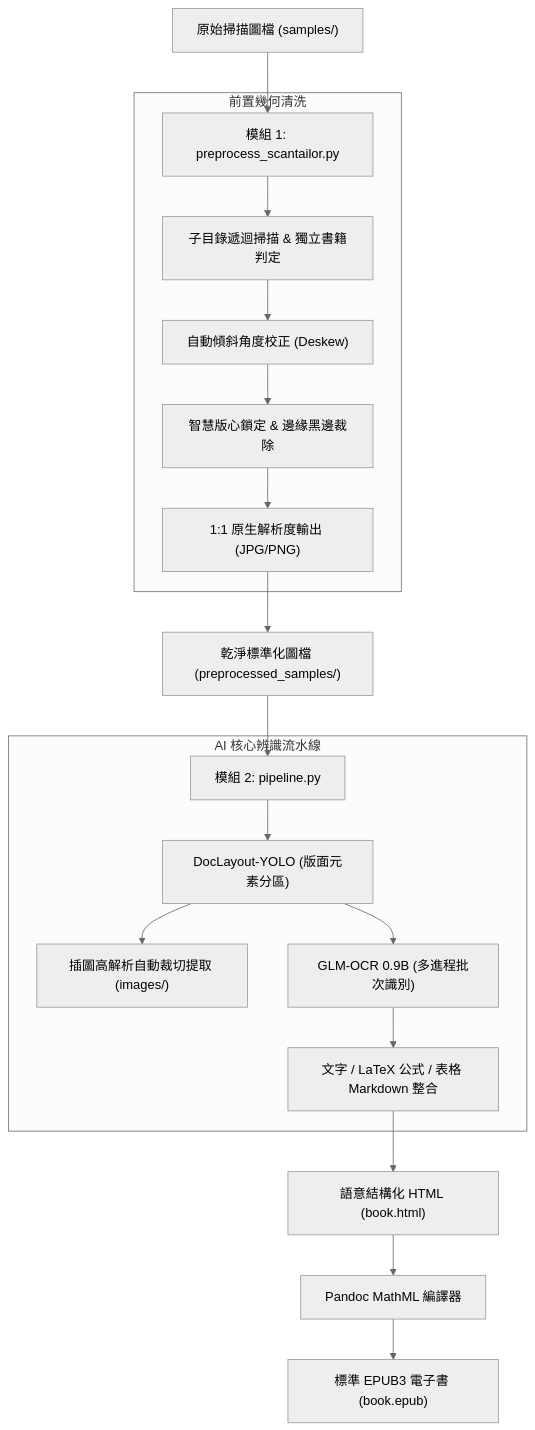
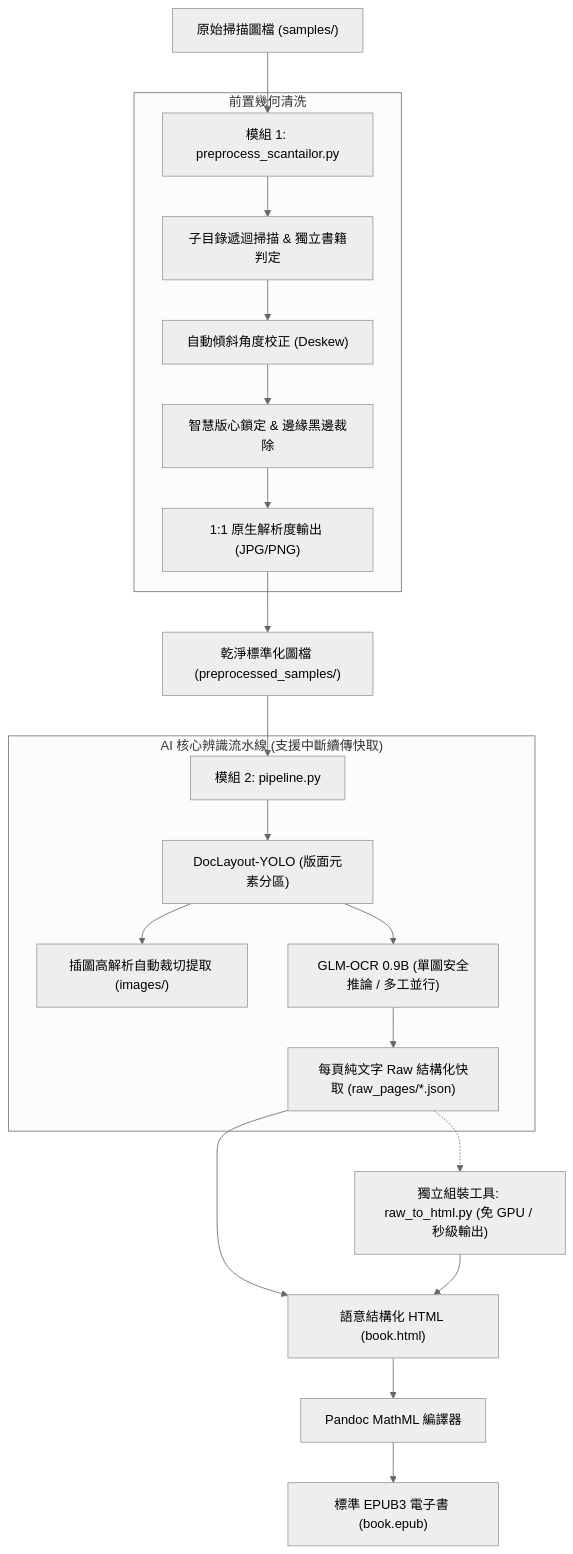
The diagram in README.md (sophAi/scanorc), drawn with Mermaid (neutral theme) before and after one commit. The commit also changed other lines of this file and 4 other files, not shown here.

First line of the commit message:
feat(pipeline): 實作 OCR 斷點續傳快取與 raw_to_html 獨立組裝工具

````diff
--- a/README.md
+++ b/README.md
@@ -65,21 +65,23 @@
 ```mermaid
 flowchart TD
     A["原始掃描圖檔 (samples/)"] --> B["模組 1: preprocess_scantailor.py"]
     subgraph S1 ["前置幾何清洗"]
         B --> B1["子目錄遞迴掃描 & 獨立書籍判定"]
         B1 --> B2["自動傾斜角度校正 (Deskew)"]
         B2 --> B3["智慧版心鎖定 & 邊緣黑邊裁除"]
         B3 --> B4["1:1 原生解析度輸出 (JPG/PNG)"]
     end
     B4 --> C["乾淨標準化圖檔 (preprocessed_samples/)"]
     C --> D["模組 2: pipeline.py"]
-    subgraph S2 ["AI 核心辨識流水線"]
+    subgraph S2 ["AI 核心辨識流水線 (支援中斷續傳快取)"]
         D --> D1["DocLayout-YOLO (版面元素分區)"]
         D1 --> D2["插圖高解析自動裁切提取 (images/)"]
-        D1 --> D3["GLM-OCR 0.9B (多進程批次識別)"]
-        D3 --> D4["文字 / LaTeX 公式 / 表格 Markdown 整合"]
+        D1 --> D3["GLM-OCR 0.9B (單圖安全推論 / 多工並行)"]
+        D3 --> D4["每頁純文字 Raw 結構化快取 (raw_pages/*.json)"]
     end
     D4 --> E["語意結構化 HTML (book.html)"]
+    D4 -.-> D5["獨立組裝工具: raw_to_html.py (免 GPU / 秒級輸出)"]
+    D5 --> E
     E --> F["Pandoc MathML 編譯器"]
     F --> G["標準 EPUB3 電子書 (book.epub)"]
 ```
````
